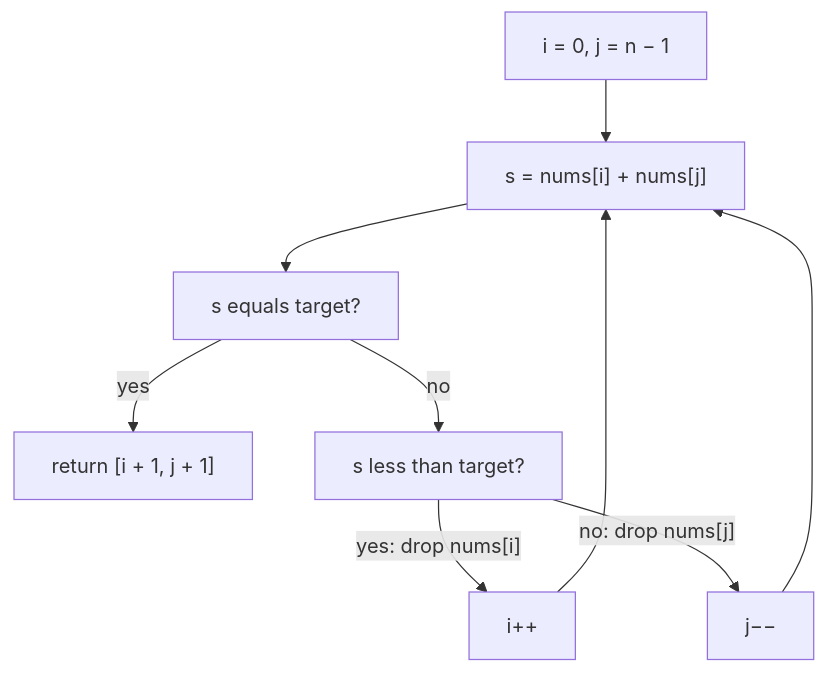
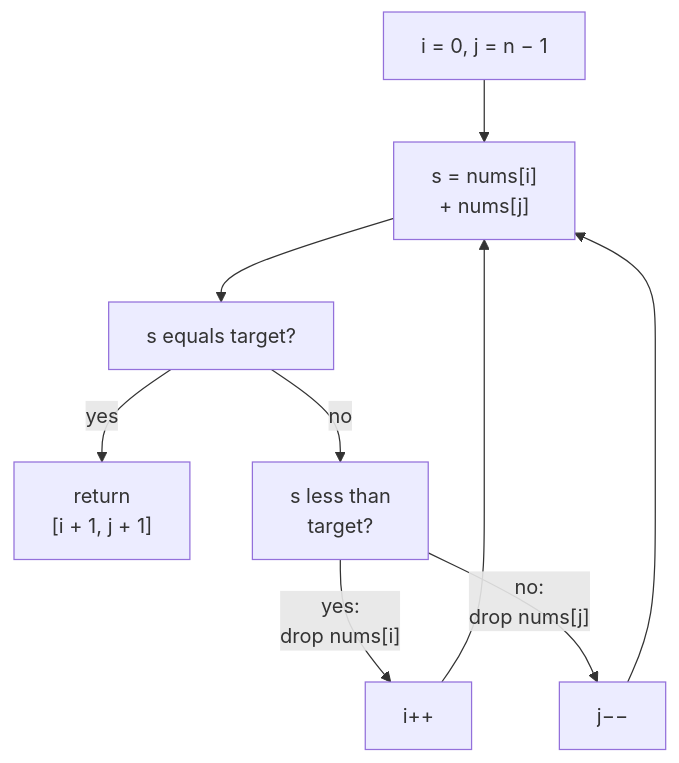
Before and after one commit to duongbui234/software-engineering-atlas: the diagram in content/en/problems/two-sum-ii-input-array-is-sorted.md, drawn with Mermaid. The commit also changed 134 other files, not shown here.

First line of the commit message:
Fit every Mermaid diagram at 390px without sideways scroll (#56)

````diff
--- a/content/en/problems/two-sum-ii-input-array-is-sorted.md
+++ b/content/en/problems/two-sum-ii-input-array-is-sorted.md
@@ -46,9 +46,9 @@
 ```mermaid
 flowchart TB
-  A["i = 0, j = n − 1"] --> B["s = nums[i] + nums[j]"]
+  A["i = 0, j = n − 1"] --> B["s = nums[i]<br/>+ nums[j]"]
   B --> C["s equals target?"]
-  C -->|"yes"| D["return [i + 1, j + 1]"]
-  C -->|"no"| E["s less than target?"]
-  E -->|"yes: drop nums[i]"| F["i++"] --> B
-  E -->|"no: drop nums[j]"| G["j−−"] --> B
+  C -->|"yes"| D["return<br/>[i + 1, j + 1]"]
+  C -->|"no"| E["s less than<br/>target?"]
+  E -->|"yes:<br/>drop nums[i]"| F["i++"] --> B
+  E -->|"no:<br/>drop nums[j]"| G["j−−"] --> B
 ```
````
